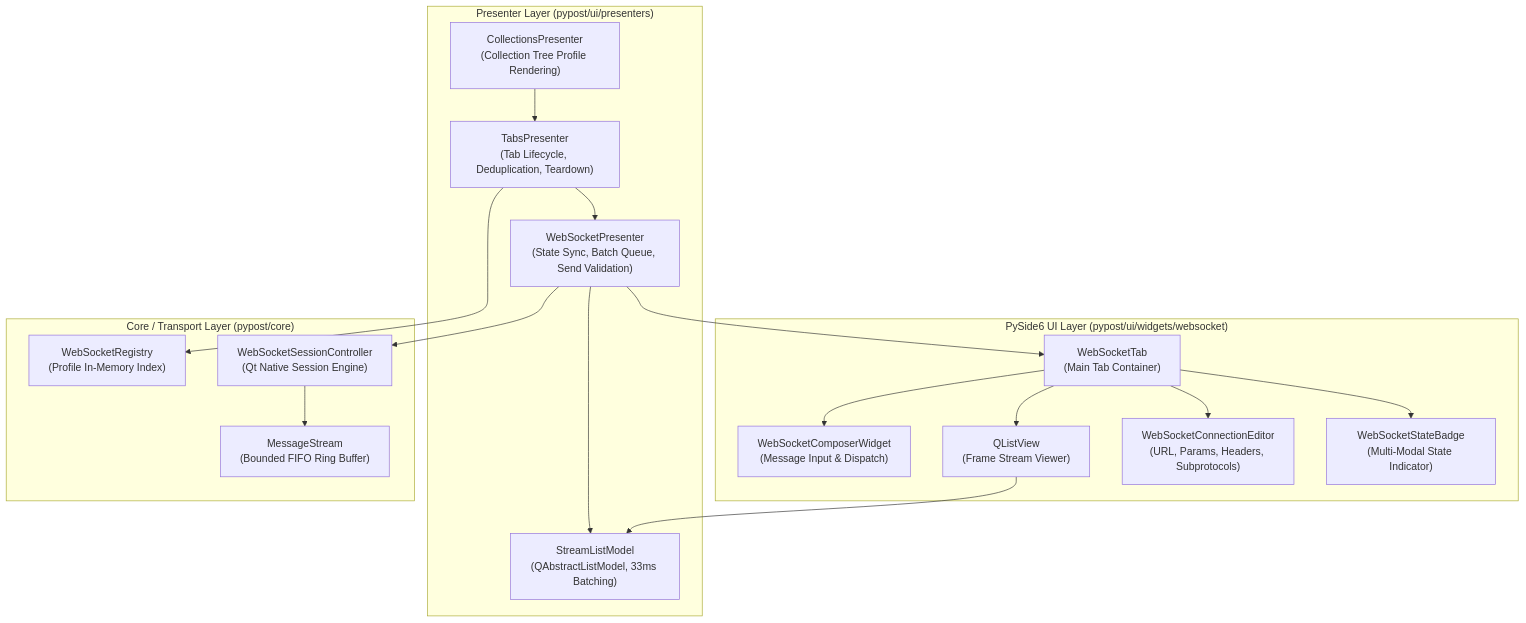
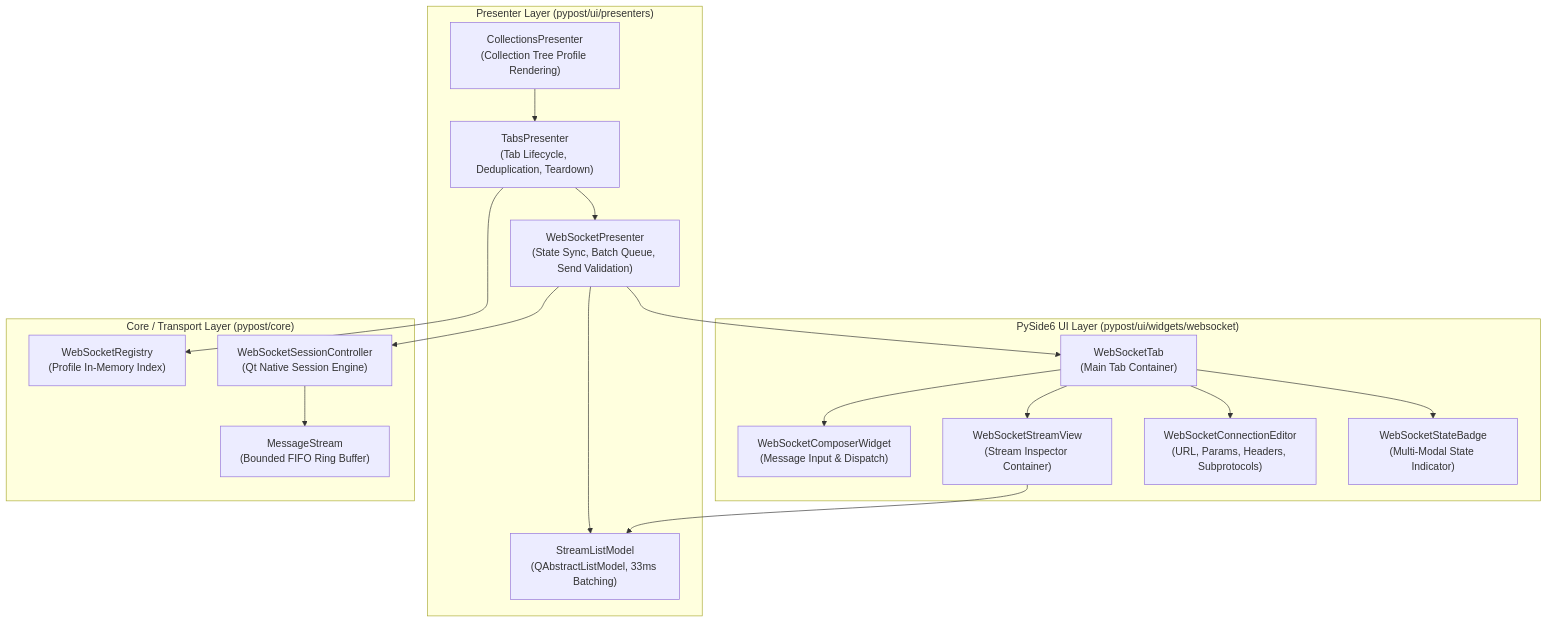
The first of 2 diagrams in doc/dev/websocket_ui_client.md (koctep/pypost), drawn with Mermaid before and after one commit. The commit also changed other lines of this file and 15 other files, not shown here.

First line of the commit message:
feat(websocket): PYPOST-1133 virtualized stream inspector, filtering and detail pane

````diff
--- a/doc/dev/websocket_ui_client.md
+++ b/doc/dev/websocket_ui_client.md
@@ -24,38 +24,38 @@
 ```mermaid
 flowchart TB
     subgraph UI ["PySide6 UI Layer (pypost/ui/widgets/websocket)"]
         Tab["WebSocketTab<br/>(Main Tab Container)"]
         Badge["WebSocketStateBadge<br/>(Multi-Modal State Indicator)"]
         ConnEditor["WebSocketConnectionEditor<br/>(URL, Params, Headers, Subprotocols)"]
-        StreamView["QListView<br/>(Frame Stream Viewer)"]
+        StreamView["WebSocketStreamView<br/>(Stream Inspector Container)"]
         Composer["WebSocketComposerWidget<br/>(Message Input & Dispatch)"]
         
         Tab --> Badge
         Tab --> ConnEditor
         Tab --> StreamView
         Tab --> Composer
     end
 
     subgraph Presenters ["Presenter Layer (pypost/ui/presenters)"]
         WSP["WebSocketPresenter<br/>(State Sync, Batch Queue, Send Validation)"]
         TP["TabsPresenter<br/>(Tab Lifecycle, Deduplication, Teardown)"]
         CP["CollectionsPresenter<br/>(Collection Tree Profile Rendering)"]
         Model["StreamListModel<br/>(QAbstractListModel, 33ms Batching)"]
         
         WSP --> Tab
         WSP --> Model
         StreamView --> Model
         TP --> WSP
         CP --> TP
     end
 
     subgraph Core ["Core / Transport Layer (pypost/core)"]
         WSC["WebSocketSessionController<br/>(Qt Native Session Engine)"]
         WSR["WebSocketRegistry<br/>(Profile In-Memory Index)"]
         MS["MessageStream<br/>(Bounded FIFO Ring Buffer)"]
         
         WSP --> WSC
         WSC --> MS
         TP --> WSR
     end
 ```
````
